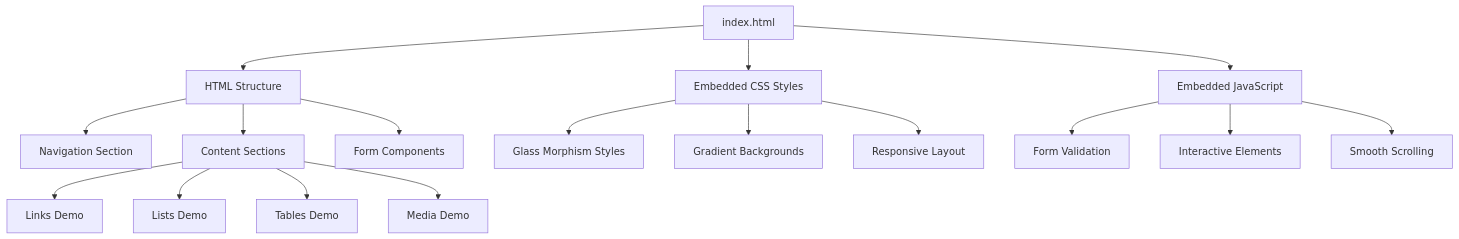
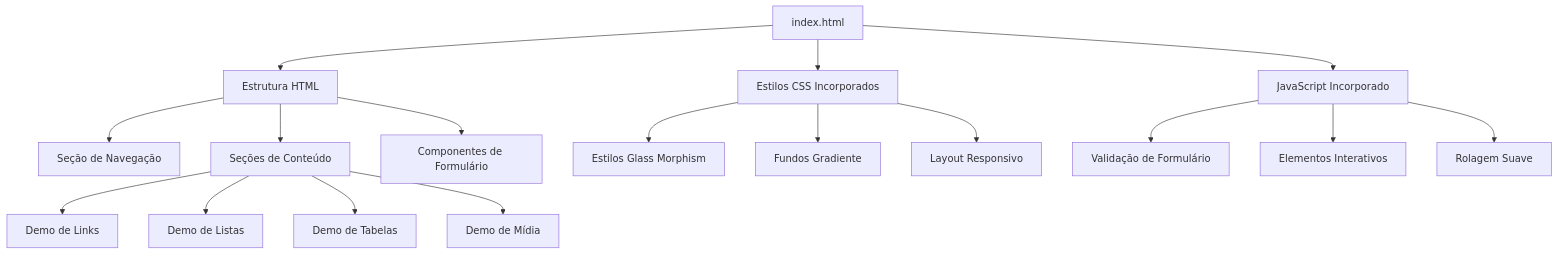
One commit to cyber-math/site_forms changed the first of 4 diagrams in .qoder/quests/html-form-exploration.md. Above: the diagram before and after it, drawn with Mermaid. The commit also changed other lines of this file, not shown here.

Commit message:
Complete cyberpunk HTML form exploration quest design document

````diff
--- a/.qoder/quests/html-form-exploration.md
+++ b/.qoder/quests/html-form-exploration.md
@@ -16,23 +16,23 @@
 ```mermaid
 graph TB
-    A[index.html] --> B[HTML Structure]
-    A --> C[Embedded CSS Styles]
-    A --> D[Embedded JavaScript]
+    A[index.html] --> B[Estrutura HTML]
+    A --> C[Estilos CSS Incorporados]
+    A --> D[JavaScript Incorporado]
     
-    B --> E[Navigation Section]
-    B --> F[Content Sections]
-    B --> G[Form Components]
+    B --> E[Seção de Navegação]
+    B --> F[Seções de Conteúdo]
+    B --> G[Componentes de Formulário]
     
-    F --> H[Links Demo]
-    F --> I[Lists Demo]
-    F --> J[Tables Demo]
-    F --> K[Media Demo]
+    F --> H[Demo de Links]
+    F --> I[Demo de Listas]
+    F --> J[Demo de Tabelas]
+    F --> K[Demo de Mídia]
     
-    C --> L[Glass Morphism Styles]
-    C --> M[Gradient Backgrounds]
-    C --> N[Responsive Layout]
+    C --> L[Estilos Glass Morphism]
+    C --> M[Fundos Gradiente]
+    C --> N[Layout Responsivo]
     
-    D --> O[Form Validation]
-    D --> P[Interactive Elements]
-    D --> Q[Smooth Scrolling]
+    D --> O[Validação de Formulário]
+    D --> P[Elementos Interativos]
+    D --> Q[Rolagem Suave]
 ```
````
